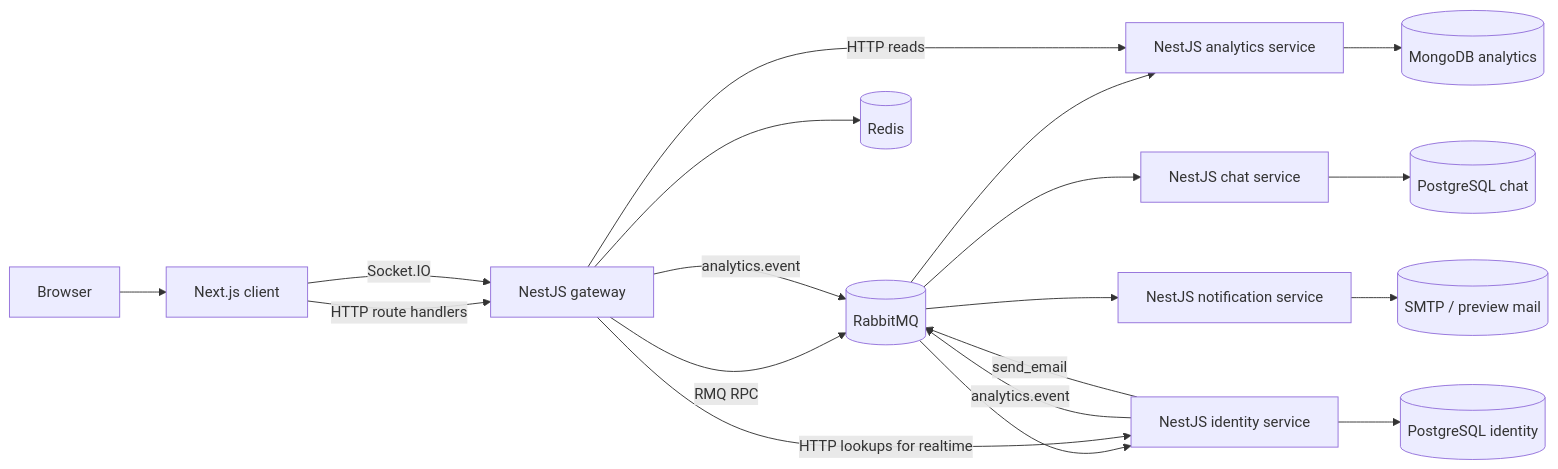
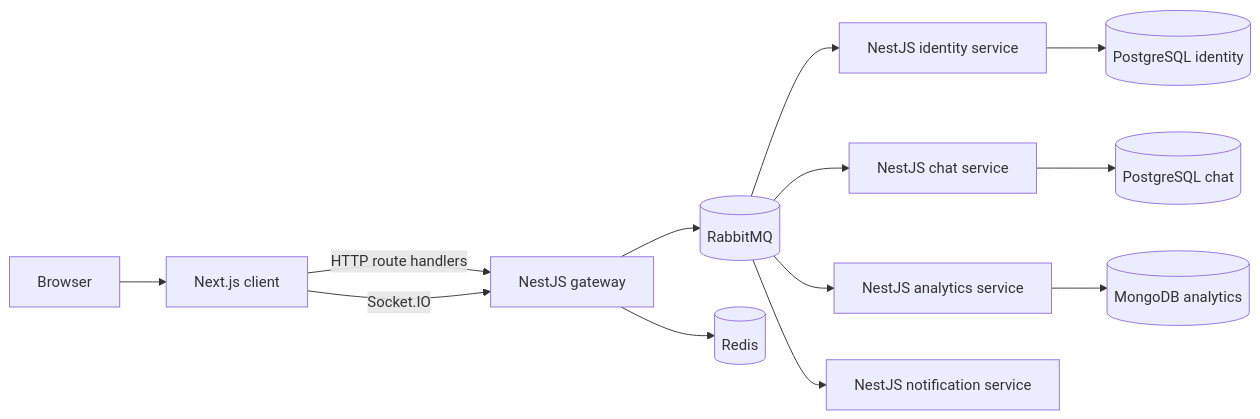
The first of 7 diagrams in docs/architecture.md (eamtcPROG/DASI), drawn with Mermaid before and after one commit. The commit also changed other lines of this file, not shown here.

Commit message:
docs: update architecture diagram and remove redundant details

````diff
--- a/docs/architecture.md
+++ b/docs/architecture.md
@@ -20,39 +20,33 @@
 ```mermaid
 flowchart LR
     Browser[Browser]
     Client[Next.js client]
     Gateway[NestJS gateway]
     Identity[NestJS identity service]
     Chat[NestJS chat service]
     Analytics[NestJS analytics service]
     Notification[NestJS notification service]
     RabbitMQ[(RabbitMQ)]
     Redis[(Redis)]
     IdentityDB[(PostgreSQL identity)]
     ChatDB[(PostgreSQL chat)]
     AnalyticsDB[(MongoDB analytics)]
-    SMTP[(SMTP / preview mail)]
+    
 
     Browser --> Client
     Client -->|HTTP route handlers| Gateway
     Client -->|Socket.IO| Gateway
 
-    Gateway -->|RMQ RPC| RabbitMQ
+    Gateway --> RabbitMQ
     RabbitMQ --> Identity
     RabbitMQ --> Chat
     RabbitMQ --> Analytics
     RabbitMQ --> Notification
 
-    Gateway -->|HTTP reads| Analytics
-    Gateway -->|HTTP lookups for realtime| Identity
     Gateway --> Redis
 
     Identity --> IdentityDB
     Chat --> ChatDB
     Analytics --> AnalyticsDB
-    Notification --> SMTP
-
-    Identity -->|analytics.event| RabbitMQ
-    Identity -->|send_email| RabbitMQ
-    Gateway -->|analytics.event| RabbitMQ
+    
 ```
````
